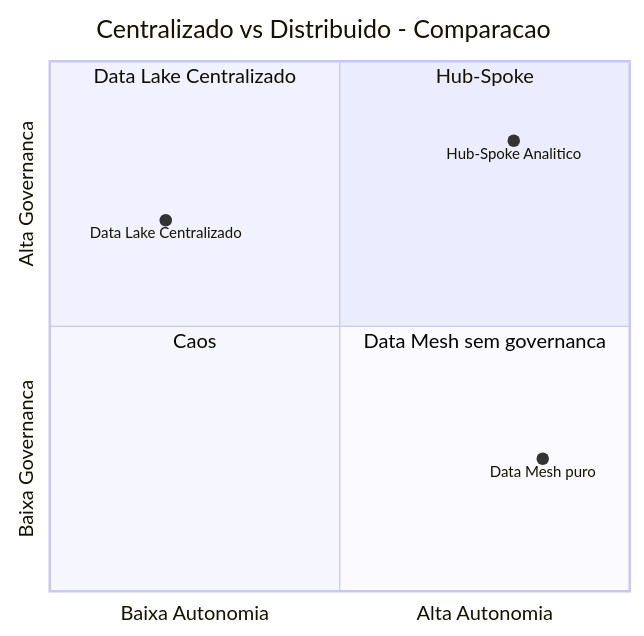
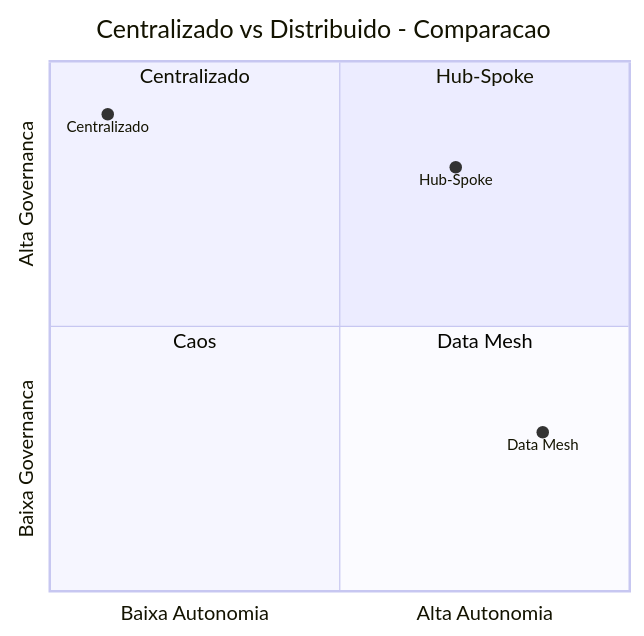
Before and after one commit to brunnoorpinelli/hubspoke: diagram 14 of 14 in docs/arquitetura-hubspoke.md, drawn with Mermaid.

Commit message:
corrigindo o quadrantChart

````diff
--- a/docs/arquitetura-hubspoke.md
+++ b/docs/arquitetura-hubspoke.md
@@ -647,13 +647,13 @@
 ```mermaid
 quadrantChart
     title Centralizado vs Distribuido - Comparacao
     x-axis Baixa Autonomia --> Alta Autonomia
     y-axis Baixa Governanca --> Alta Governanca
     quadrant-1 Hub-Spoke
-    quadrant-2 Data Lake Centralizado
+    quadrant-2 Centralizado
     quadrant-3 Caos
-    quadrant-4 Data Mesh sem governanca
-    Hub-Spoke Analitico: [0.80, 0.85]
-    Data Lake Centralizado: [0.20, 0.70]
-    Data Mesh puro: [0.85, 0.25]
+    quadrant-4 Data Mesh
+    Hub-Spoke: [0.70, 0.80]
+    Centralizado: [0.10, 0.90]
+    Data Mesh: [0.85, 0.30]
 ```
````
